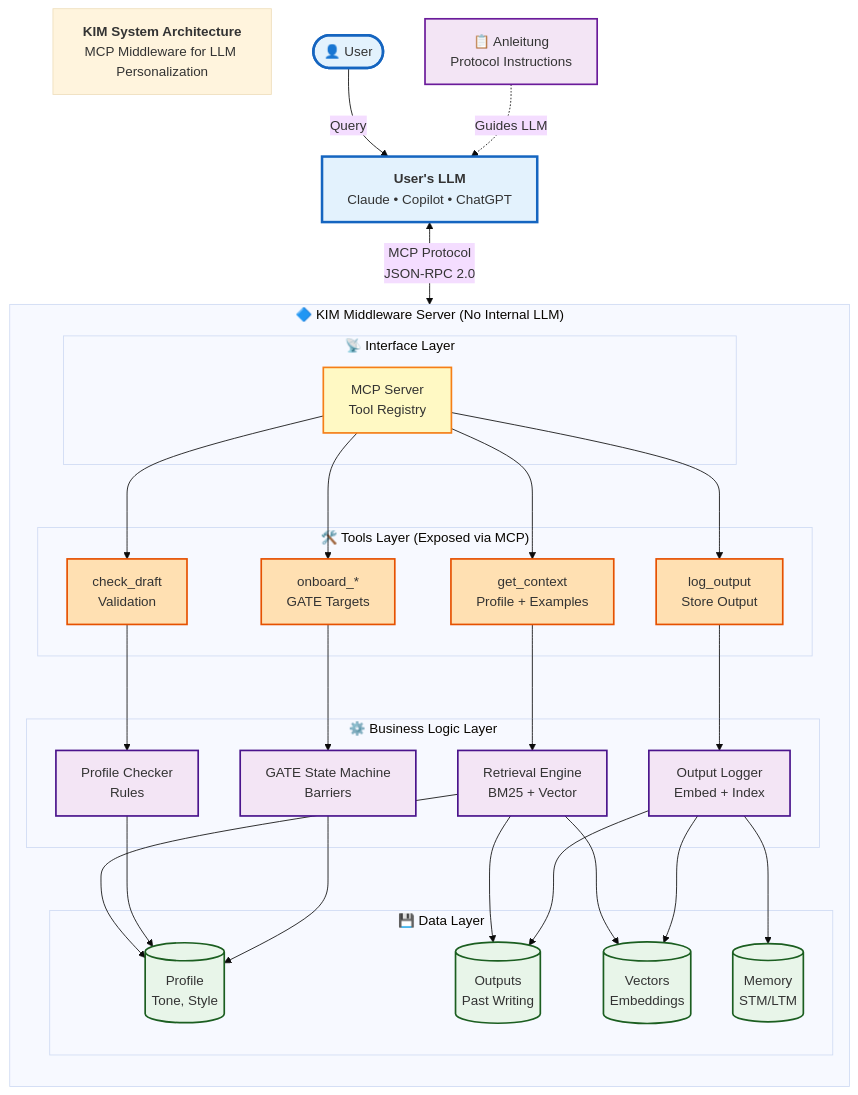
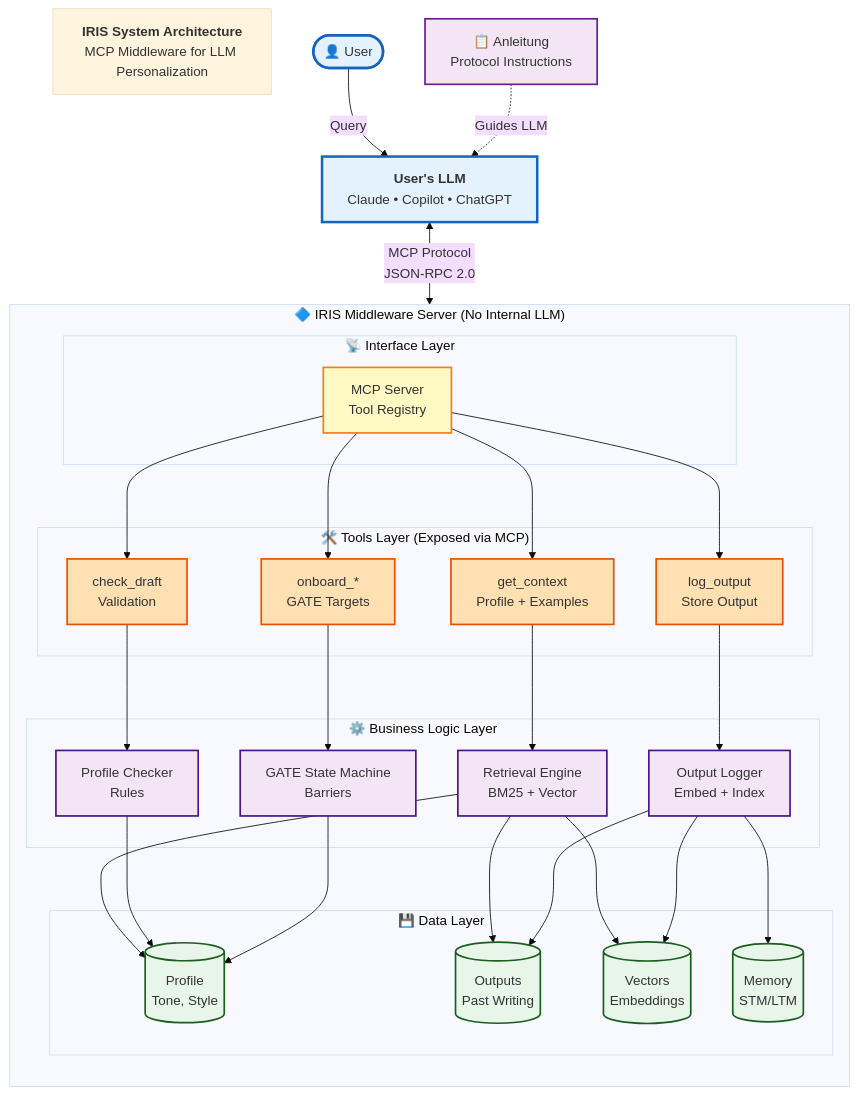
Before and after one commit to JuanWiegmann/IRIS: the first of 6 diagrams in docs/diagrams/kim_architecture_professional.md, drawn with Mermaid (base theme). The commit also changed other lines of this file and 4 other files, not shown here.

First line of the commit message:
docs: add publication-quality diagrams for presentations

````diff
--- a/docs/diagrams/kim_architecture_professional.md
+++ b/docs/diagrams/kim_architecture_professional.md
@@ -11,7 +11,7 @@
 ```mermaid
 graph TB
     %% Title
-    title[<b>KIM System Architecture</b><br/>MCP Middleware for LLM Personalization]
+    title[<b>IRIS System Architecture</b><br/>MCP Middleware for LLM Personalization]
     
     %% External Layer
     User([👤 User])
@@ -22,8 +22,8 @@
     %% MCP Connection
     LLM <-->|MCP Protocol<br/>JSON-RPC 2.0| MCP_Interface
     
-    %% KIM System Box
-    subgraph KIM["🔷 KIM Middleware Server (No Internal LLM)"]
+    %% IRIS System Box
+    subgraph IRIS["🔷 IRIS Middleware Server (No Internal LLM)"]
         direction TB
         
         %% Interface Layer
````
